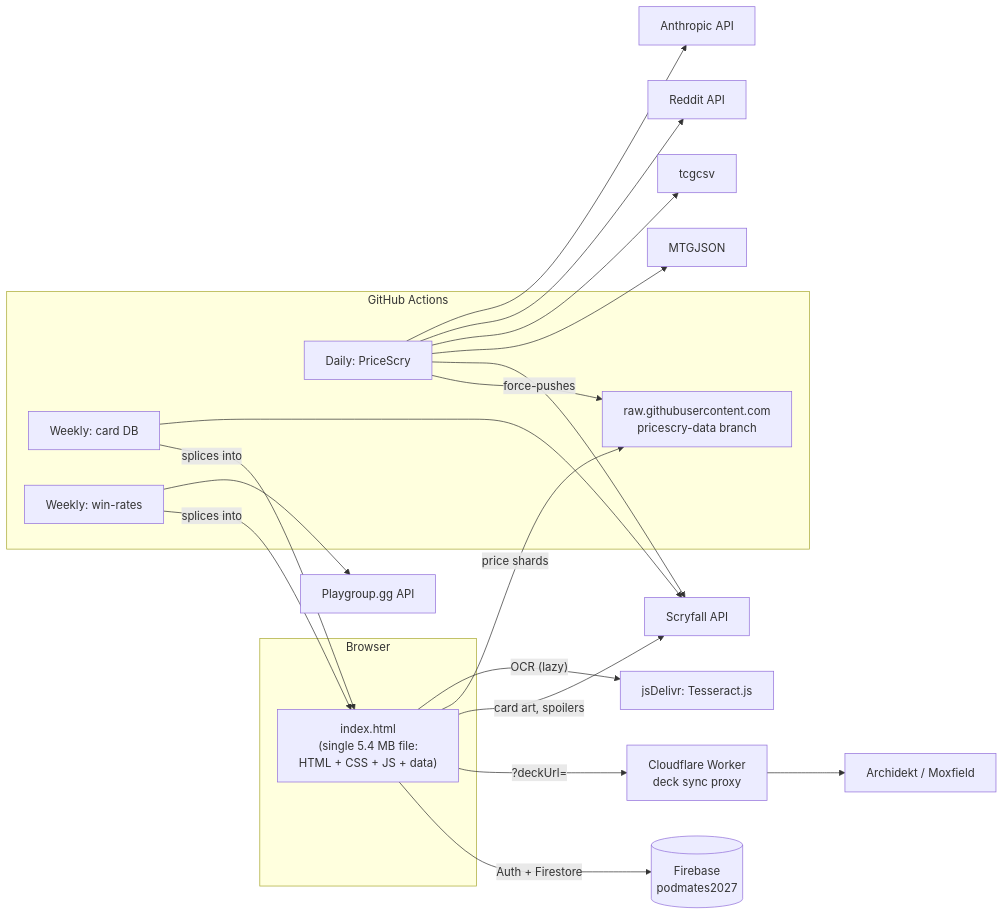
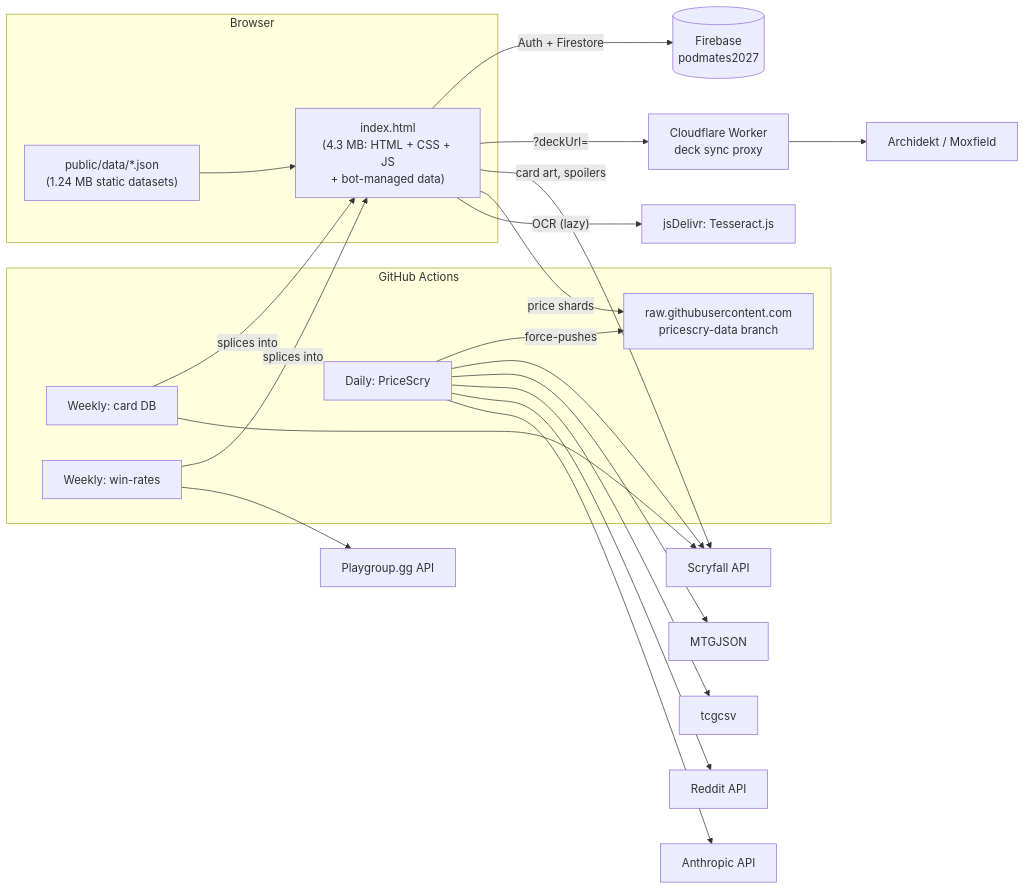
Before and after one commit to anf1978/PodMates: the diagram in docs/overview.md, drawn with Mermaid. The commit also changed other lines of this file and 21 other files, not shown here.

First line of the commit message:
refactor: extract hand-maintained static datasets

````diff
--- a/docs/overview.md
+++ b/docs/overview.md
@@ -85,21 +85,22 @@
 ```mermaid
 flowchart LR
   subgraph Browser
-    APP["index.html<br/>(single 5.4 MB file:<br/>HTML + CSS + JS + data)"]
+    APP["index.html<br/>(4.3 MB: HTML + CSS + JS<br/>+ bot-managed data)"]
+    DATA["public/data/*.json<br/>(1.24 MB static datasets)"] --> APP
   end
   APP -- "Auth + Firestore" --> FB[(Firebase<br/>podmates2027)]
   APP -- "?deckUrl=" --> CW[Cloudflare Worker<br/>deck sync proxy]
   CW --> AX[Archidekt / Moxfield]
   APP -- "card art, spoilers" --> SF[Scryfall API]
   APP -- "price shards" --> RAW["raw.githubusercontent.com<br/>pricescry-data branch"]
   APP -- "OCR (lazy)" --> JSD["jsDelivr: Tesseract.js"]
 
   subgraph GHA["GitHub Actions"]
     W1["Weekly: card DB"] -- "splices into" --> APP
     W2["Weekly: win-rates"] -- "splices into" --> APP
     W3["Daily: PriceScry"] -- "force-pushes" --> RAW
   end
   W1 --> SF
   W2 --> PG[Playgroup.gg API]
   W3 --> SF & MJ[MTGJSON] & TCG[tcgcsv] & RD[Reddit API] & AN[Anthropic API]
 ```
````
